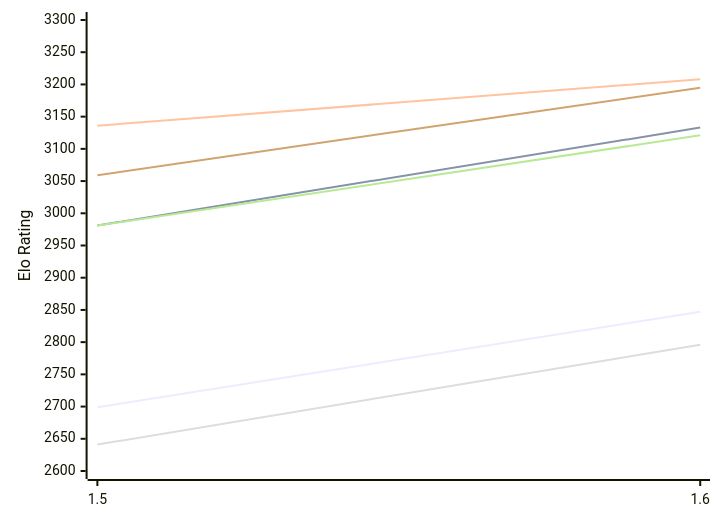
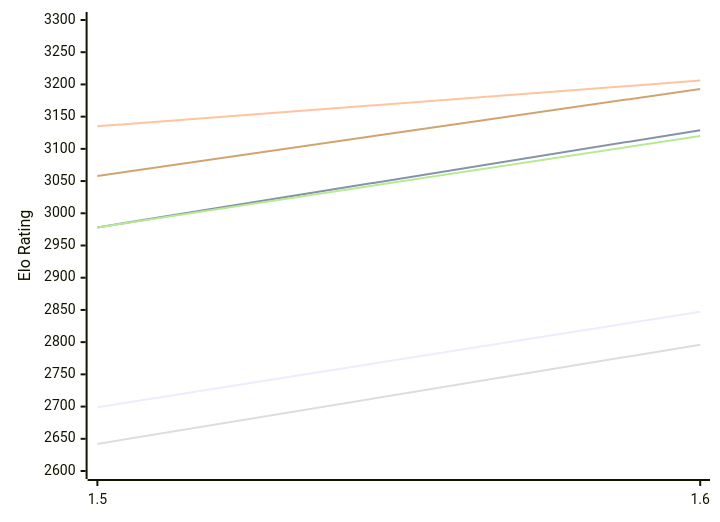
Before and after one commit to computer-chess-index/cci: the first of 2 diagrams in engines/Yakka.md, drawn with Mermaid. The commit also changed other lines of this file, not shown here.

Commit message:
Update CCI Ratings (ELO VLTC) - 2026-11-19

````diff
--- a/engines/Yakka.md
+++ b/engines/Yakka.md
@@ -51,12 +51,12 @@
 ```mermaid
 %%{init: {"theme":"base","themeVariables":{"seriesColors:['#a3a3a3','#222221','#faa371']}}}%%
 xychart-beta
   x-axis ["1.5", "1.6"]
   y-axis "Elo Rating" 2600 --> 3300
   line "E1: STC (8.0+0.08s)" [2699, 2847]
-  line "E1: LTC (60.0+0.60s)" [2981, 3133]
-  line "E1: VLTC (2m24s+1.12s)" [3136, 3208]
-  line "P1: STC (8.0+0.08s)" [2641, 2796]
-  line "P1: LTC (60.0+0.60s)" [2981, 3121]
-  line "P1: VLTC (2m24s+1.12s)" [3059, 3195]
+  line "E1: LTC (60.0+0.60s)" [2978, 3129]
+  line "E1: VLTC (2m24s+1.12s)" [3135, 3206]
+  line "P1: STC (8.0+0.08s)" [2642, 2796]
+  line "P1: LTC (60.0+0.60s)" [2978, 3120]
+  line "P1: VLTC (2m24s+1.12s)" [3058, 3193]
 ```
````
